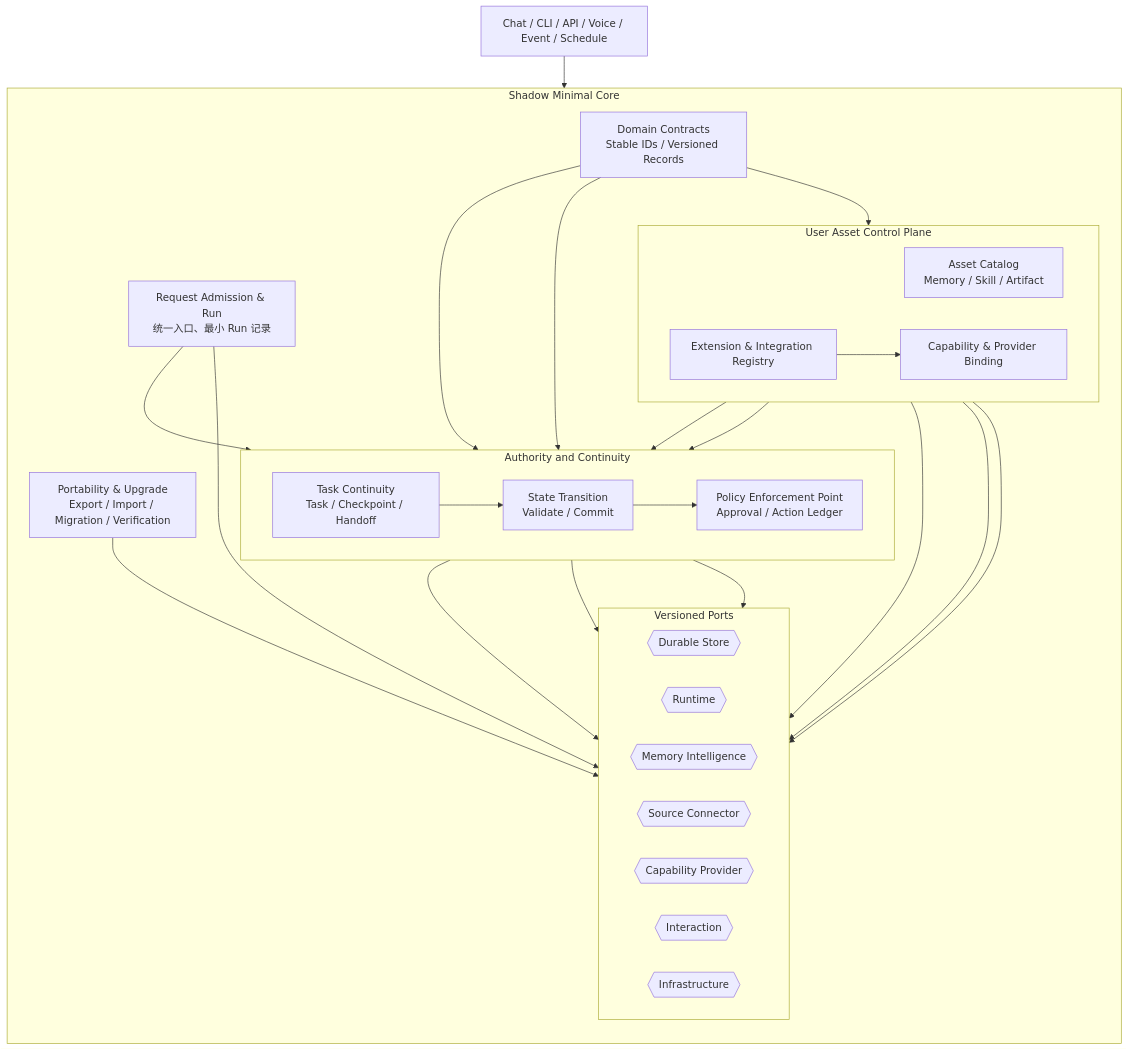
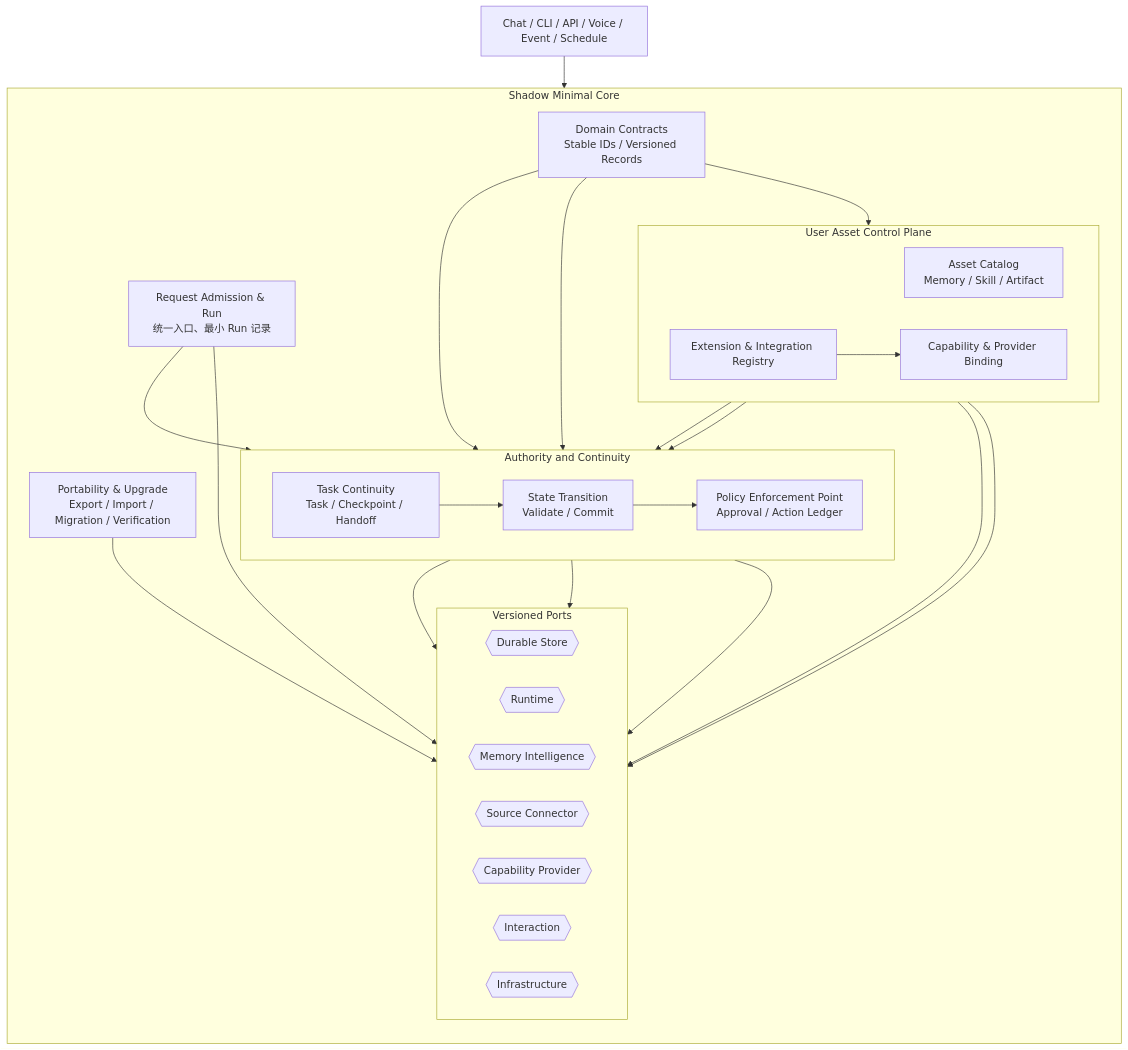
The first of 3 diagrams in docs/architecture.md (wzw57/OpenShadow), drawn with Mermaid before and after one commit.

Commit message:
docs: simplify minimal core diagram connections

```diff
--- a/docs/architecture.md
+++ b/docs/architecture.md
@@ -49,62 +49,61 @@
 ~~~mermaid
 flowchart TB
     REQUEST["Chat / CLI / API / Voice / Event / Schedule"]
 
     subgraph CORE["Shadow Minimal Core"]
         direction TB
 
         INGRESS["Request Admission & Run<br/>统一入口、最小 Run 记录"]
 
         CONTRACTS["Domain Contracts<br/>Stable IDs / Versioned Records"]
 
         subgraph AUTHORITY["Authority and Continuity"]
             direction LR
             TASK["Task Continuity<br/>Task / Checkpoint / Handoff"]
             STATE["State Transition<br/>Validate / Commit"]
             POLICY["Policy Enforcement Point<br/>Approval / Action Ledger"]
         end
 
         subgraph CATALOGS["User Asset Control Plane"]
             direction LR
             ASSETS["Asset Catalog<br/>Memory / Skill / Artifact"]
             EXTENSIONS["Extension & Integration Registry"]
             CAPABILITIES["Capability & Provider Binding"]
         end
 
         PORTABILITY["Portability & Upgrade<br/>Export / Import / Migration / Verification"]
 
         subgraph PORTS["Versioned Ports"]
             direction LR
             STORE_PORT{{"Durable Store"}}
             RUNTIME_PORT{{"Runtime"}}
             MEMORY_PORT{{"Memory Intelligence"}}
             SOURCE_PORT{{"Source Connector"}}
             PROVIDER_PORT{{"Capability Provider"}}
             INTERACTION_PORT{{"Interaction"}}
             INFRA_PORT{{"Infrastructure"}}
         end
     end
 
     REQUEST --> INGRESS
     INGRESS --> TASK
     TASK --> STATE
     STATE --> POLICY
 
     CONTRACTS --> TASK
     CONTRACTS --> STATE
     CONTRACTS --> ASSETS
 
     ASSETS --> STATE
     EXTENSIONS --> CAPABILITIES
     CAPABILITIES --> POLICY
 
     STATE --> STORE_PORT
     TASK --> RUNTIME_PORT
     ASSETS --> MEMORY_PORT
     ASSETS --> SOURCE_PORT
     POLICY --> PROVIDER_PORT
     INGRESS --> INTERACTION_PORT
 
     PORTABILITY --> STORE_PORT
-    EXTENSIONS --> PORTS
 ~~~
```
